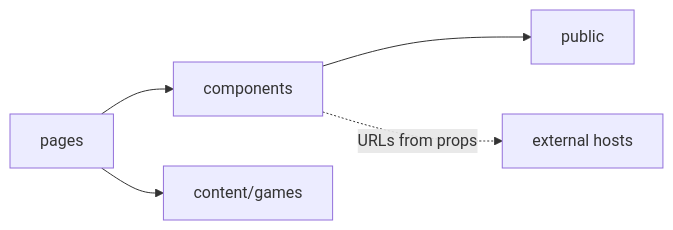
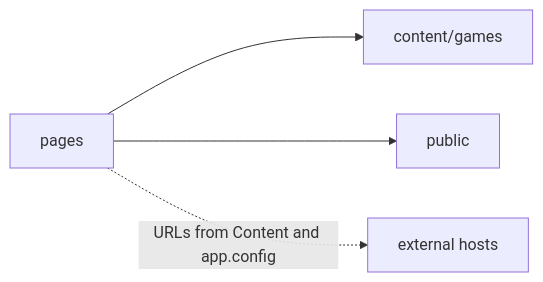
The second of 4 diagrams in _bmad-output/planning-artifacts/architecture/architecture-games-2026-09-07/ARCHITECTURE-SPINE.md (kevinlogan94/games), drawn with Mermaid before and after one commit. The commit also changed other lines of this file and 10 other files, not shown here.

````diff
--- a/_bmad-output/planning-artifacts/architecture/architecture-games-2026-09-07/ARCHITECTURE-SPINE.md
+++ b/_bmad-output/planning-artifacts/architecture/architecture-games-2026-09-07/ARCHITECTURE-SPINE.md
@@ -84,7 +82,6 @@
 ```mermaid
 flowchart LR
-  P[pages] --> C[components]
-  P --> D[content/games]
-  C --> A[public]
-  C -.->|URLs from props| X[external hosts]
+  P[pages] --> D[content/games]
+  P --> A[public]
+  P -.->|URLs from Content and app.config| X[external hosts]
 ```
````
